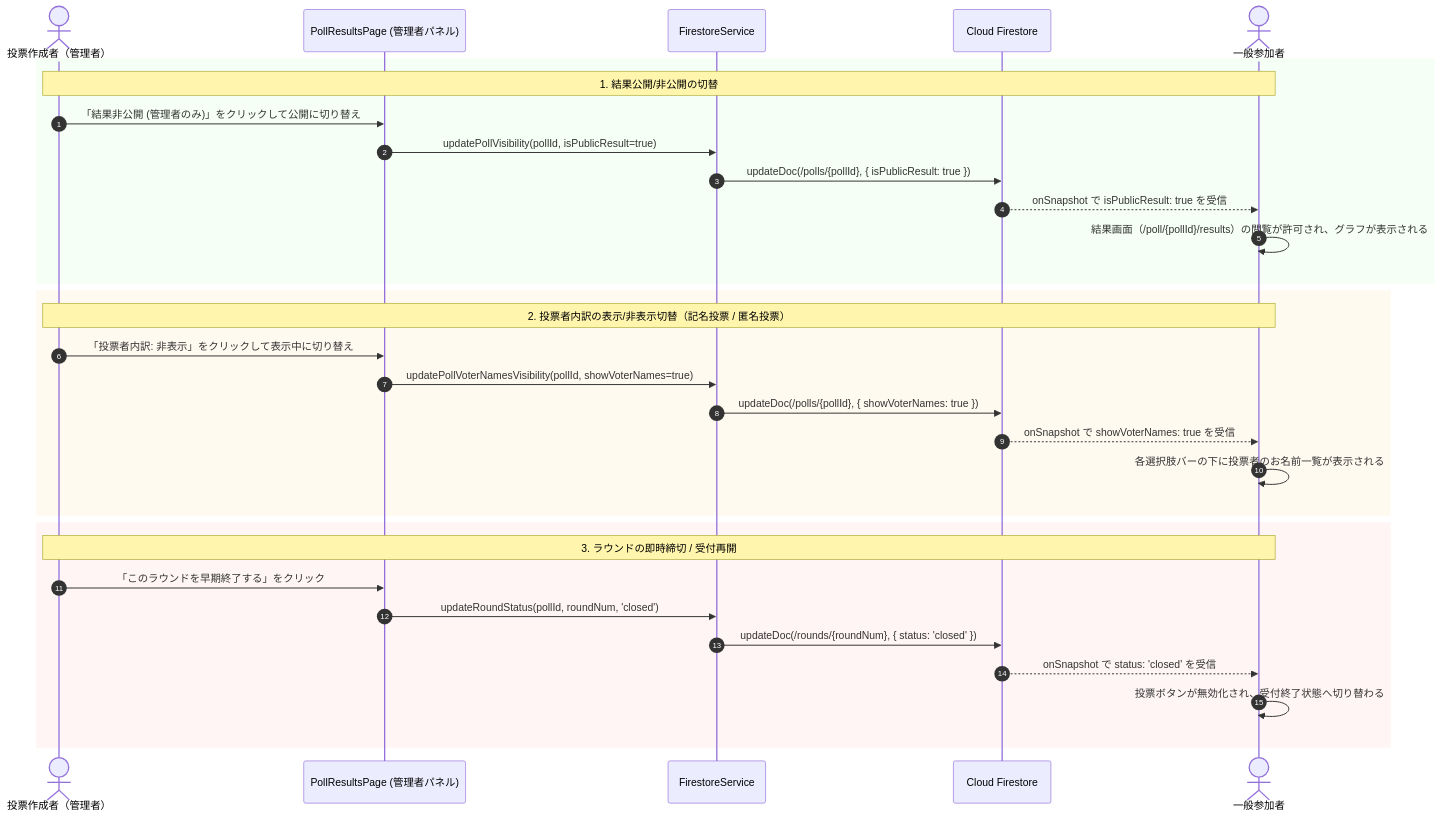
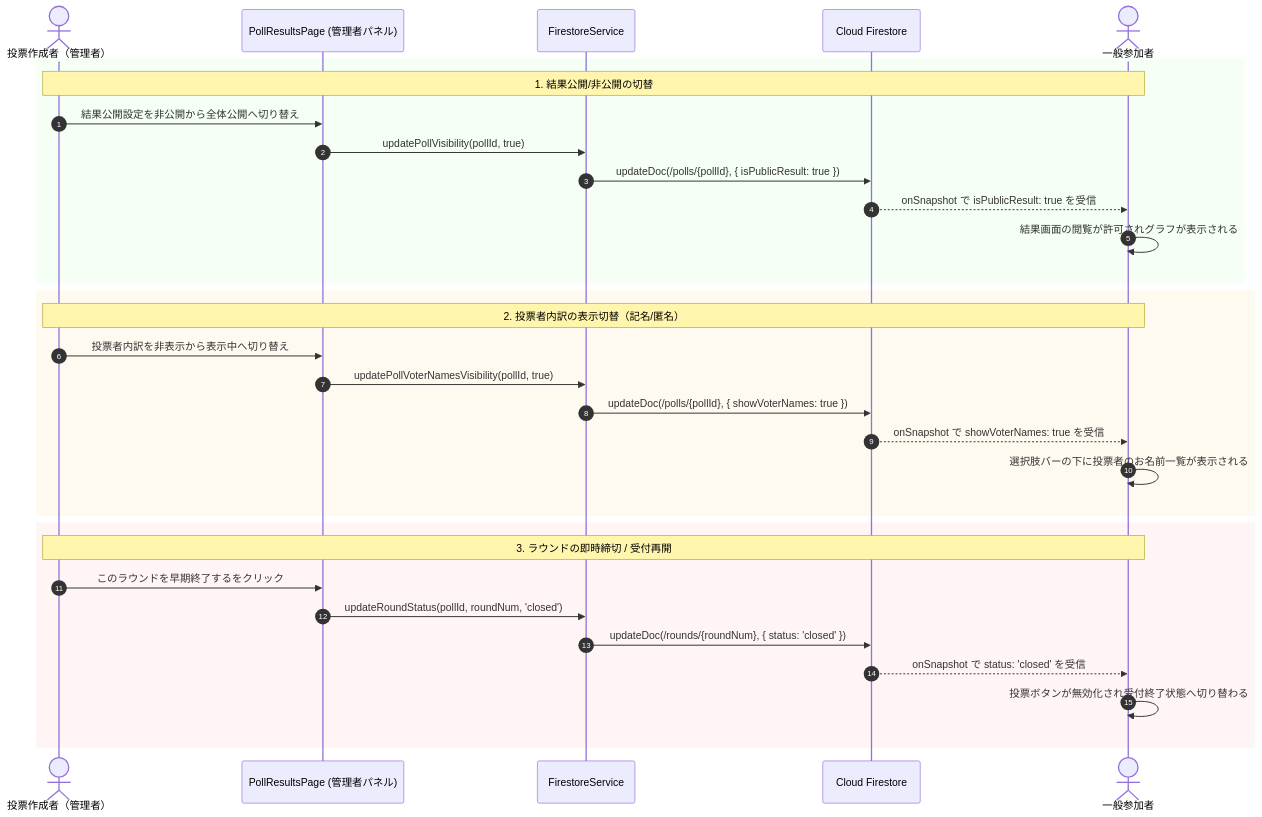
One commit to c1t0d0s0/votica changed the fifth of 7 diagrams in docs/SEQUENCE_DIAGRAMS.ja.md. Above: the diagram before and after it, drawn with Mermaid. The commit also changed other lines of this file and 1 other file, not shown here.

Commit message:
fixed SEQUENCE_DIAGRAMS

````diff
--- a/docs/SEQUENCE_DIAGRAMS.ja.md
+++ b/docs/SEQUENCE_DIAGRAMS.ja.md
@@ -155,39 +155,36 @@
 ```mermaid
 sequenceDiagram
     autonumber
     actor Admin as 投票作成者（管理者）
     participant UI as PollResultsPage (管理者パネル)
     participant Service as FirestoreService
     participant DB as Cloud Firestore
     actor Public as 一般参加者
 
-    %% 1. 結果閲覧権限の切替
     rect rgb(245, 255, 245)
         Note over Admin,Public: 1. 結果公開/非公開の切替
-        Admin->>UI: 「結果非公開 (管理者のみ)」をクリックして公開に切り替え
-        UI->>Service: updatePollVisibility(pollId, isPublicResult=true)
+        Admin->>UI: 結果公開設定を非公開から全体公開へ切り替え
+        UI->>Service: updatePollVisibility(pollId, true)
         Service->>DB: updateDoc(/polls/{pollId}, { isPublicResult: true })
         DB-->>Public: onSnapshot で isPublicResult: true を受信
-        Public->>Public: 結果画面（/poll/{pollId}/results）の閲覧が許可され、グラフが表示される
+        Public->>Public: 結果画面の閲覧が許可されグラフが表示される
     end
 
-    %% 2. 投票者内訳の表示切替
     rect rgb(255, 250, 240)
-        Note over Admin,Public: 2. 投票者内訳の表示/非表示切替（記名投票 / 匿名投票）
-        Admin->>UI: 「投票者内訳: 非表示」をクリックして表示中に切り替え
-        UI->>Service: updatePollVoterNamesVisibility(pollId, showVoterNames=true)
+        Note over Admin,Public: 2. 投票者内訳の表示切替（記名/匿名）
+        Admin->>UI: 投票者内訳を非表示から表示中へ切り替え
+        UI->>Service: updatePollVoterNamesVisibility(pollId, true)
         Service->>DB: updateDoc(/polls/{pollId}, { showVoterNames: true })
         DB-->>Public: onSnapshot で showVoterNames: true を受信
-        Public->>Public: 各選択肢バーの下に投票者のお名前一覧が表示される
+        Public->>Public: 選択肢バーの下に投票者のお名前一覧が表示される
     end
 
-    %% 3. ラウンド早期終了 / 再開
     rect rgb(255, 245, 245)
         Note over Admin,Public: 3. ラウンドの即時締切 / 受付再開
-        Admin->>UI: 「このラウンドを早期終了する」をクリック
+        Admin->>UI: このラウンドを早期終了するをクリック
         UI->>Service: updateRoundStatus(pollId, roundNum, 'closed')
         Service->>DB: updateDoc(/rounds/{roundNum}, { status: 'closed' })
         DB-->>Public: onSnapshot で status: 'closed' を受信
-        Public->>Public: 投票ボタンが無効化され、受付終了状態へ切り替わる
+        Public->>Public: 投票ボタンが無効化され受付終了状態へ切り替わる
     end
 ```
````
